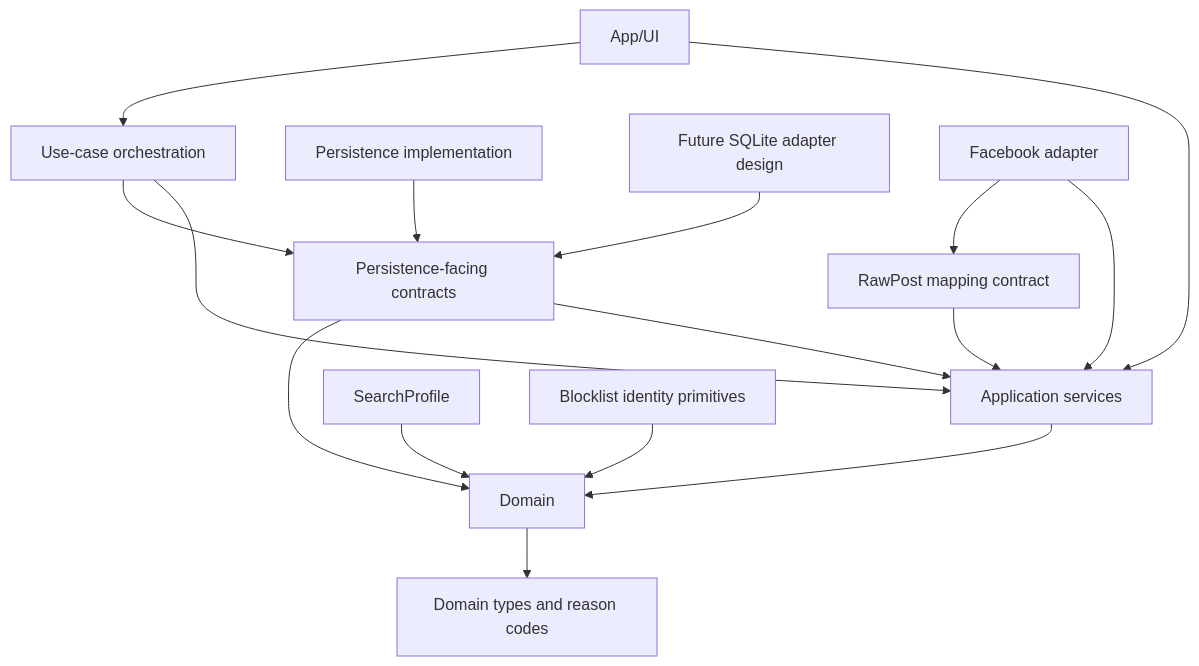
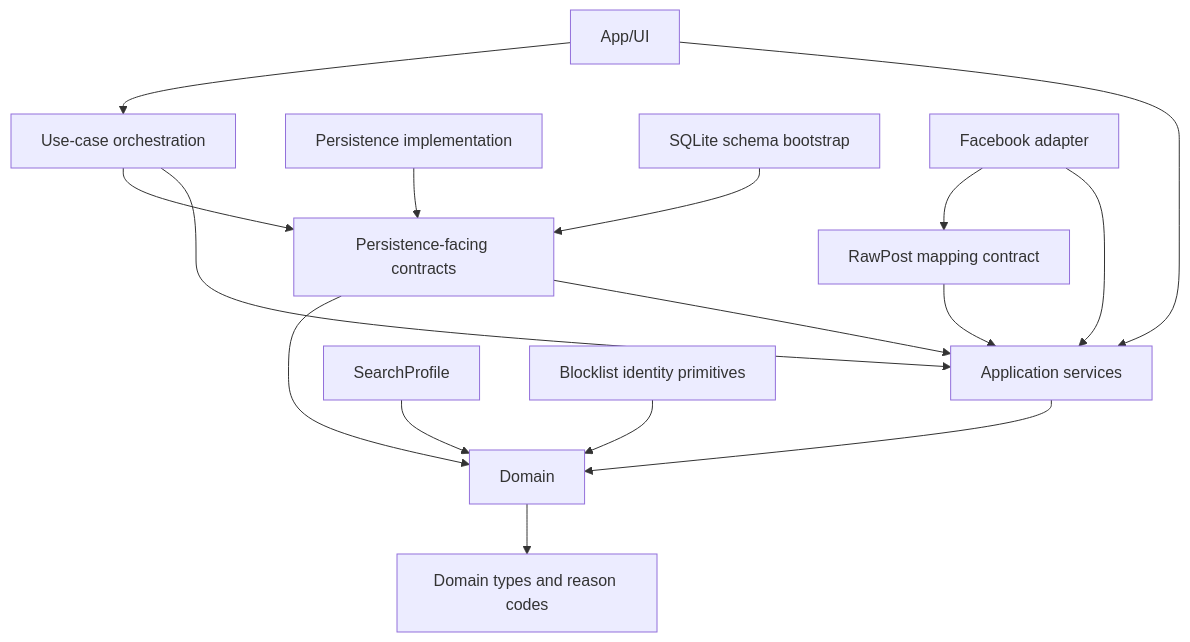
One commit to soleda2026/ScanFB changed the diagram in docs/CODE_GRAPH.md. Above: the diagram before and after it, drawn with Mermaid. The commit also changed other lines of this file and 11 other files, not shown here.

Commit message:
feat(persistence): add SQLite schema bootstrap

````diff
--- a/docs/CODE_GRAPH.md
+++ b/docs/CODE_GRAPH.md
@@ -7,18 +7,18 @@
 ```mermaid
 flowchart TD
     UI["App/UI"] --> APP["Application services"]
     UI --> ORCH["Use-case orchestration"]
     ORCH --> APP
     ORCH --> PERSIST_CONTRACT
     APP --> DOMAIN["Domain"]
     PERSIST_CONTRACT["Persistence-facing contracts"] --> APP
     PERSIST_CONTRACT --> DOMAIN
     PERSIST_IMPL["Persistence implementation"] --> PERSIST_CONTRACT
-    SQLITE["Future SQLite adapter design"] --> PERSIST_CONTRACT
+    SQLITE["SQLite schema bootstrap"] --> PERSIST_CONTRACT
     FB["Facebook adapter"] --> APP
     FB --> RAW["RawPost mapping contract"]
     RAW --> APP
     PROFILE["SearchProfile"] --> DOMAIN
     DOMAIN --> TYPES["Domain types and reason codes"]
     BLOCKLIST["Blocklist identity primitives"] --> DOMAIN
 ```
````
